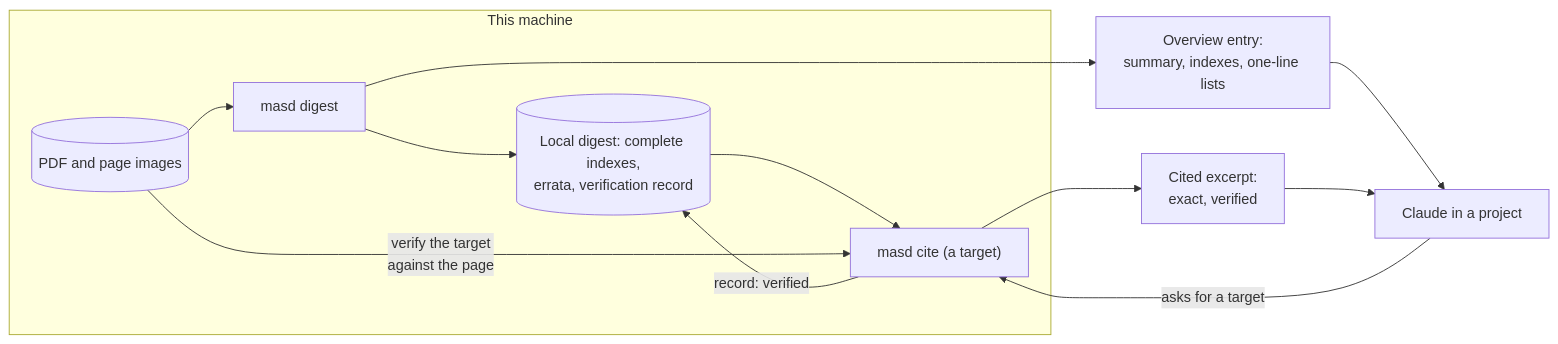
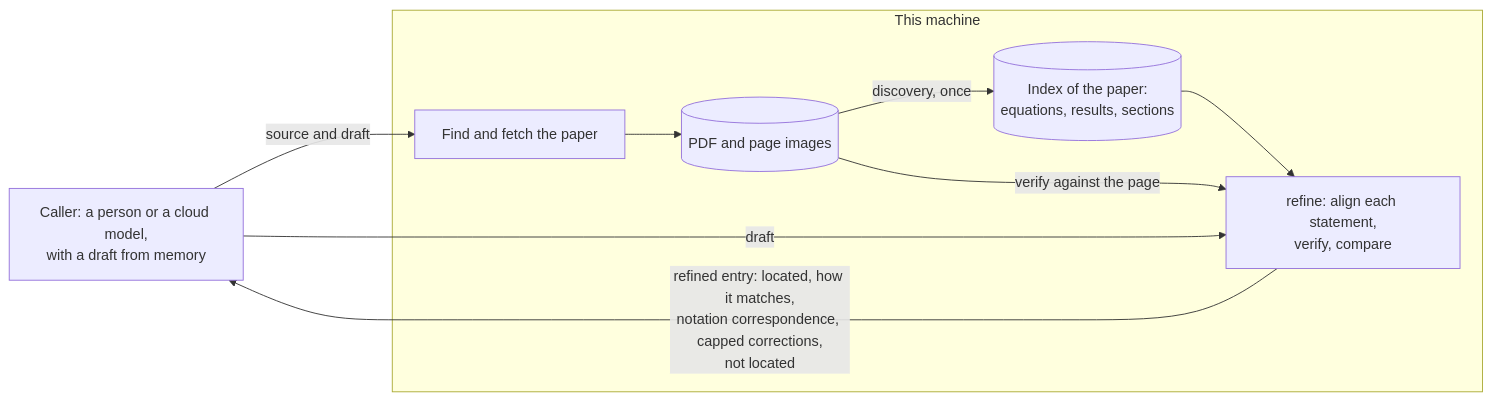
The first of 2 diagrams in planning/outputs.md (mdtisdall/math-aware-source-digest), drawn with Mermaid before and after one commit. The commit also changed other lines of this file, not shown here.

First line of the commit message:
Plan: rewrite the output specification around refine (#35)

````diff
--- a/planning/outputs.md
+++ b/planning/outputs.md
@@ -39,19 +109,17 @@
 ```mermaid
 flowchart LR
+    caller["Caller: a person or a cloud model,<br/>with a draft from memory"]
     subgraph local["This machine"]
+        resolve["Find and fetch the paper"]
         pdf[("PDF and page images")]
-        digest["masd digest"]
-        cite["masd cite (a target)"]
-        store[("Local digest: complete indexes,<br/>errata, verification record")]
-        pdf --> digest
-        digest --> store
-        store --> cite
-        pdf -->|"verify the target<br/>against the page"| cite
-        cite -->|"record: verified"| store
+        index[("Index of the paper:<br/>equations, results, sections")]
+        refine["refine: align each statement,<br/>verify, compare"]
+        resolve --> pdf
+        pdf -->|"discovery, once"| index
+        index --> refine
+        pdf -->|"verify against the page"| refine
     end
-    digest --> overview["Overview entry:<br/>summary, indexes, one-line lists"]
-    cite --> excerpt["Cited excerpt:<br/>exact, verified"]
-    overview --> claude["Claude in a project"]
-    excerpt --> claude
-    claude -->|"asks for a target"| cite
+    caller -->|"source and draft"| resolve
+    caller -->|"draft"| refine
+    refine -->|"refined entry: located, how it matches,<br/>notation correspondence, capped corrections,<br/>not located"| caller
 ```
````
